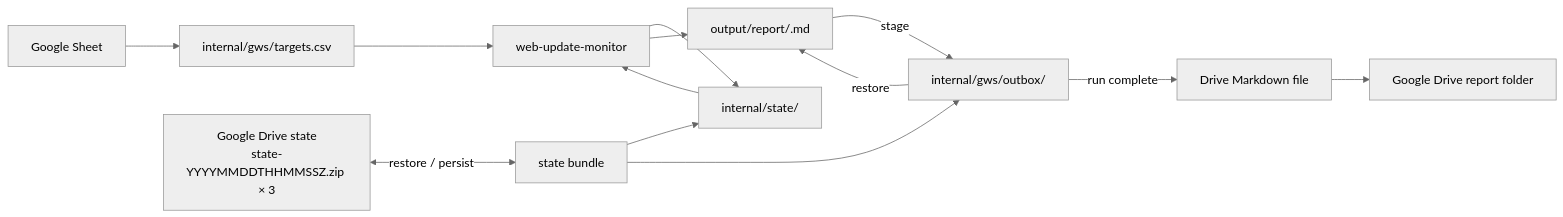
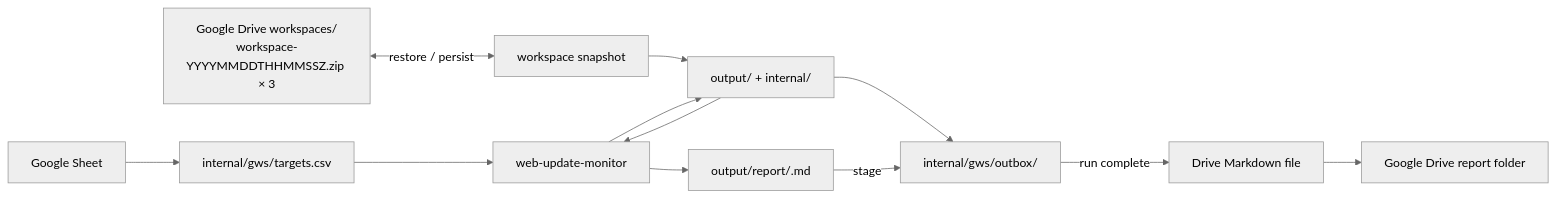
One commit to dceoy/wsum changed the first of 2 diagrams in README.md. Above: the diagram before and after it, drawn with Mermaid (neutral theme). The commit also changed other lines of this file and 1 other file, not shown here.

Commit message:
Refactor GWS persistence to full workspace snapshots (#58)

````diff
--- a/README.md
+++ b/README.md
@@ -23,15 +23,14 @@
 ```mermaid
 flowchart LR
     GS["Google Sheet"] --> CSV["internal/gws/targets.csv"]
-    DS["Google Drive state<br/>state-YYYYMMDDTHHMMSSZ.zip × 3"] <-->|restore / persist| BUNDLE["state bundle"]
-    BUNDLE --> STATE["internal/state/"]
-    BUNDLE --> OUT["internal/gws/outbox/"]
+    DS["Google Drive workspaces/<br/>workspace-YYYYMMDDTHHMMSSZ.zip × 3"] <-->|restore / persist| WS["workspace snapshot"]
+    WS --> WORKSPACE["output/ + internal/"]
     CSV --> CORE["web-update-monitor"]
-    STATE --> CORE
-    CORE --> STATE
+    WORKSPACE --> CORE
+    CORE --> WORKSPACE
     CORE --> REPORT["output/report/<run-id>.md"]
-    OUT -->|restore| REPORT
+    WORKSPACE --> OUT["internal/gws/outbox/"]
     REPORT -->|stage| OUT
     OUT -->|run complete| GMD["Drive Markdown file"]
     GMD --> DR["Google Drive report folder"]
 ```
````
